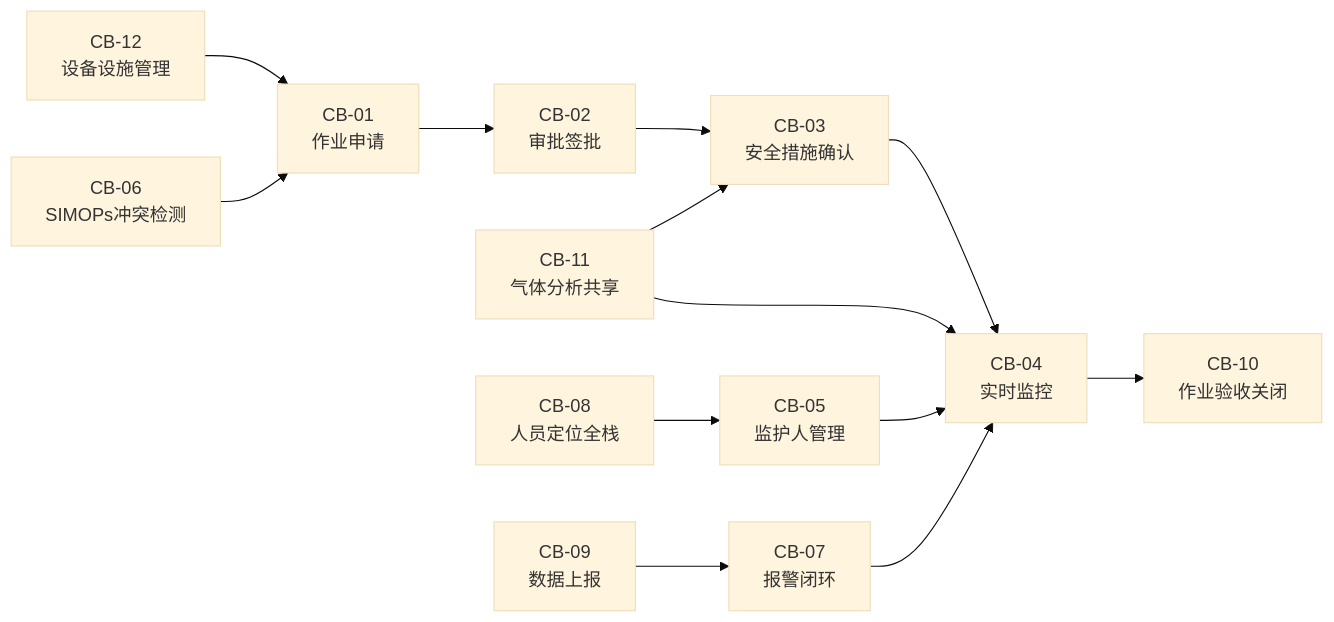
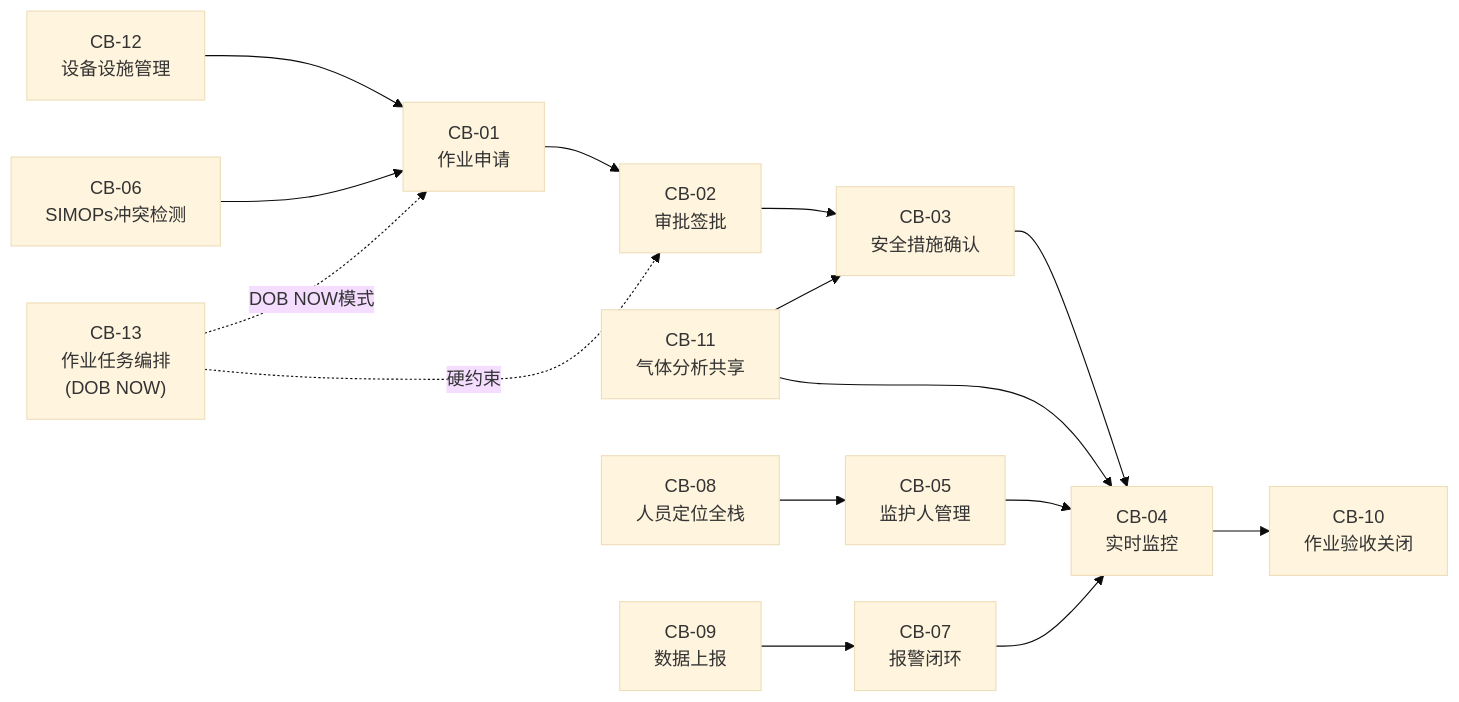
One commit to laiyinyizao007/safeworkpermitPRD changed the second of 8 diagrams in 产出/功能需求_积木化拆解方案.md. Above: the diagram before and after it, drawn with Mermaid (base theme). The commit also changed other lines of this file and 4 other files, not shown here.

````diff
--- a/产出/功能需求_积木化拆解方案.md
+++ b/产出/功能需求_积木化拆解方案.md
@@ -146,16 +152,18 @@
 ```mermaid
 flowchart LR
     CB01["CB-01<br/>作业申请"] --> CB02["CB-02<br/>审批签批"]
     CB02 --> CB03["CB-03<br/>安全措施确认"]
     CB03 --> CB04["CB-04<br/>实时监控"]
     CB04 --> CB10["CB-10<br/>作业验收关闭"]
 
     CB05["CB-05<br/>监护人管理"] --> CB04
     CB07["CB-07<br/>报警闭环"] --> CB04
     CB11["CB-11<br/>气体分析共享"] --> CB03
     CB11 --> CB04
     CB12["CB-12<br/>设备设施管理"] --> CB01
     CB08["CB-08<br/>人员定位全栈"] --> CB05
     CB06["CB-06<br/>SIMOPs冲突检测"] --> CB01
     CB09["CB-09<br/>数据上报"] --> CB07
+    CB13["CB-13<br/>作业任务编排<br/>(DOB NOW)"] -.->|"DOB NOW模式"| CB01
+    CB13 -.->|"硬约束"| CB02
 ```
````
